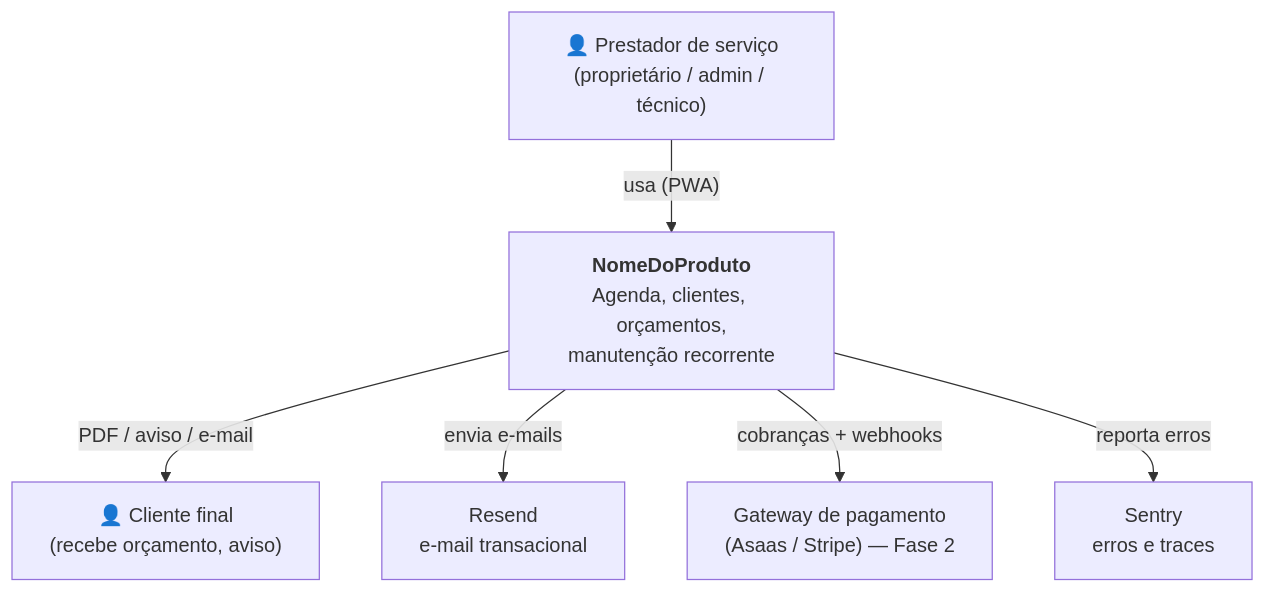
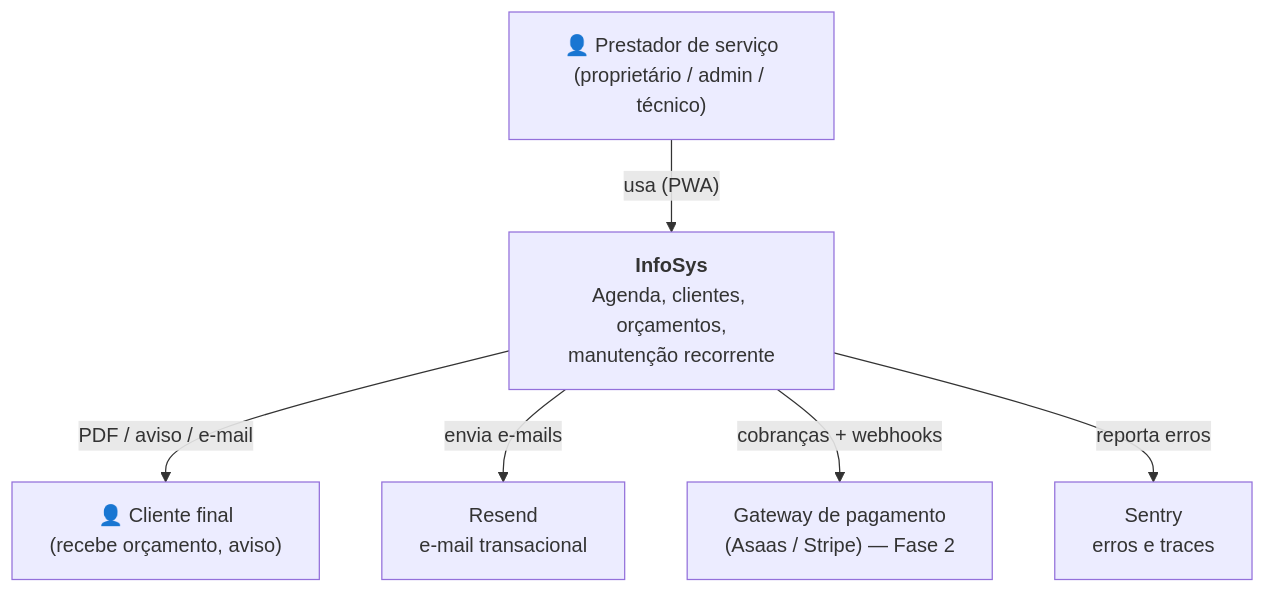
The first of 2 diagrams in docs/03-arquitetura.md (gamancio-tech/InfoSys), drawn with Mermaid before and after one commit. The commit also changed other lines of this file and 58 other files, not shown here.

````diff
--- a/docs/03-arquitetura.md
+++ b/docs/03-arquitetura.md
@@ -15,17 +15,17 @@
 ```mermaid
 flowchart TB
   prestador["👤 Prestador de serviço<br/>(proprietário / admin / técnico)"]
   clientefinal["👤 Cliente final<br/>(recebe orçamento, aviso)"]
 
-  sistema["<b>NomeDoProduto</b><br/>Agenda, clientes, orçamentos,<br/>manutenção recorrente"]
+  sistema["<b>InfoSys</b><br/>Agenda, clientes, orçamentos,<br/>manutenção recorrente"]
 
   email["Resend<br/>e-mail transacional"]
   pagamento["Gateway de pagamento<br/>(Asaas / Stripe) — Fase 2"]
   sentry["Sentry<br/>erros e traces"]
 
   prestador -->|"usa (PWA)"| sistema
   sistema -->|PDF / aviso / e-mail| clientefinal
   sistema -->|envia e-mails| email
   sistema -->|cobranças + webhooks| pagamento
   sistema -->|reporta erros| sentry
 ```
````
